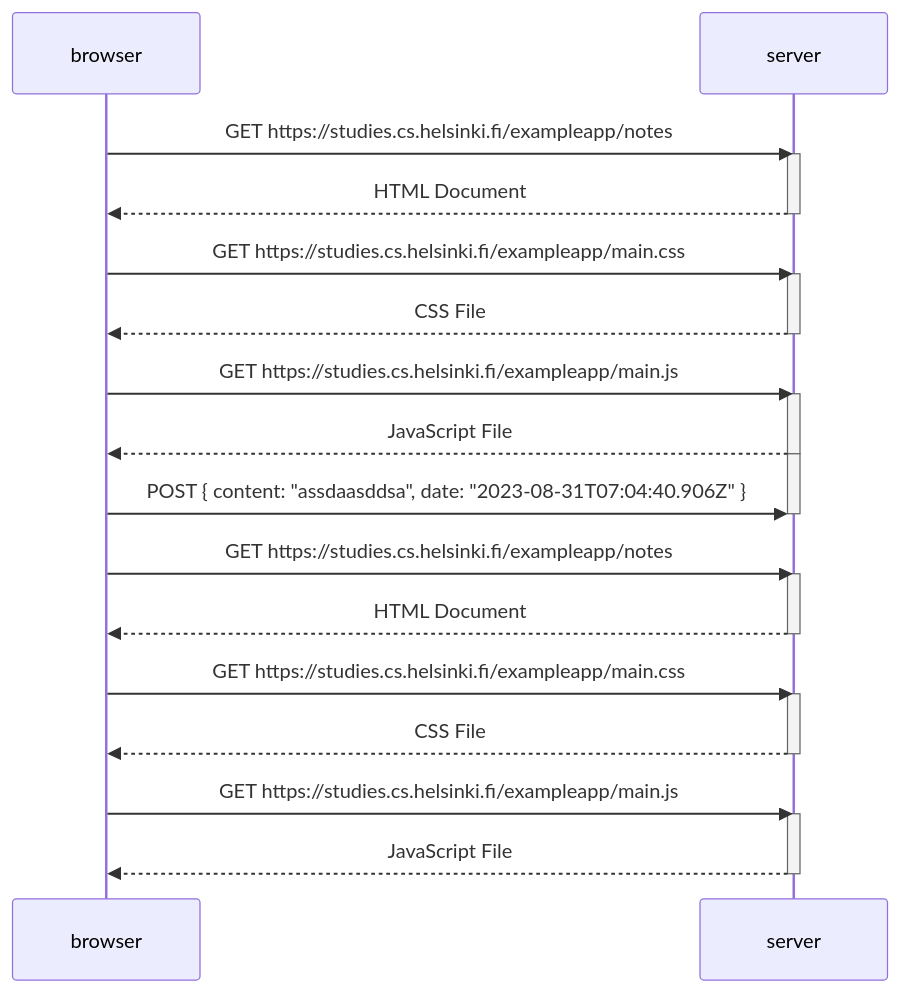
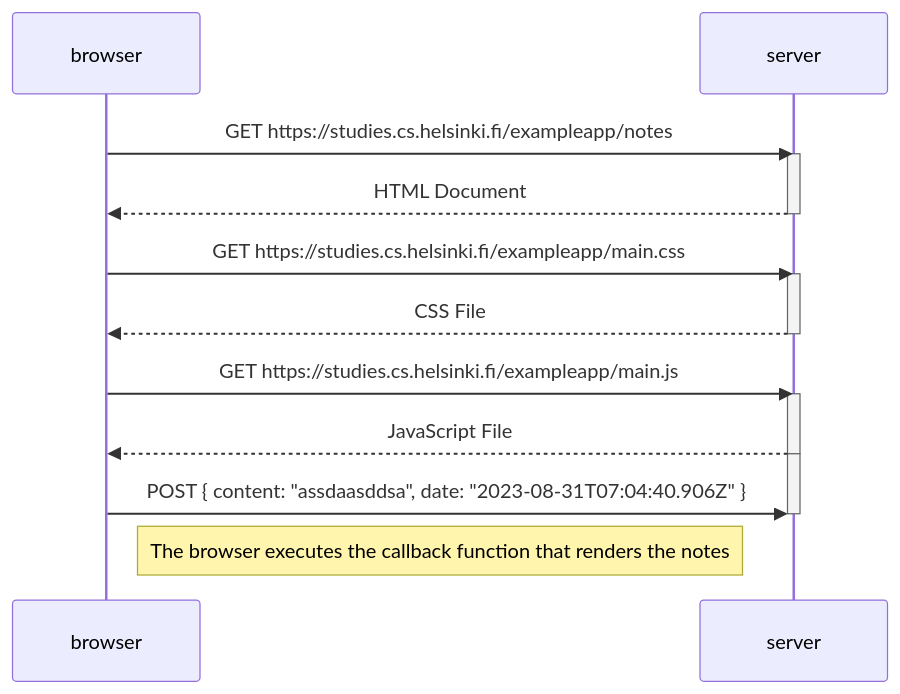
Before and after one commit to valtteriper/FullstackOpen: the diagram in part_0_4.md, drawn with Mermaid.

````diff
--- a/part_0_4.md
+++ b/part_0_4.md
@@ -1,40 +1,27 @@
 ```mermaid
 sequenceDiagram
     participant browser
     participant server
     
     browser->>server: GET https://studies.cs.helsinki.fi/exampleapp/notes
     activate server
     server-->>browser: HTML Document
     deactivate server
 
     browser->>server: GET https://studies.cs.helsinki.fi/exampleapp/main.css
     activate server
     server-->>browser: CSS File
     deactivate server
 
     browser->>server: GET https://studies.cs.helsinki.fi/exampleapp/main.js
     activate server
     server-->>browser: JavaScript File
     deactivate server
 
     activate server
     browser->>server: POST { content: "assdaasddsa", date: "2023-08-31T07:04:40.906Z" }
     deactivate server
 
-    browser->>server: GET https://studies.cs.helsinki.fi/exampleapp/notes
-    activate server
-    server-->>browser: HTML Document
-    deactivate server
-
-    browser->>server: GET https://studies.cs.helsinki.fi/exampleapp/main.css
-    activate server
-    server-->>browser: CSS File
-    deactivate server
-
-    browser->>server: GET https://studies.cs.helsinki.fi/exampleapp/main.js
-    activate server
-    server-->>browser: JavaScript File
-    deactivate server
+Note right of browser: The browser executes the callback function that renders the notes 
 
 ```
````
